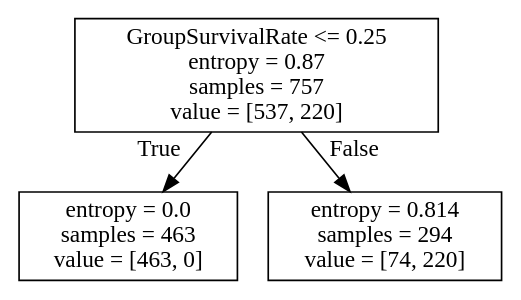
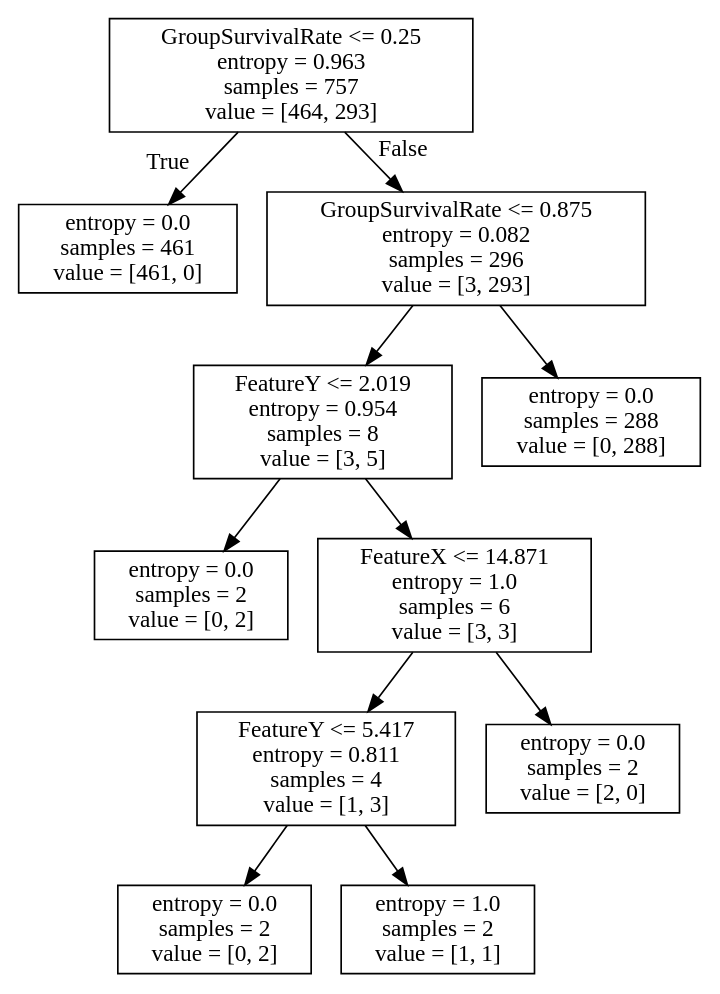
The diagram in Kaggle/Titanic/Source.gv (ZJouba/ADA-PG), drawn with Graphviz before and after one commit. The commit also changed 14 other files, not shown here.

```diff
--- a/Kaggle/Titanic/Source.gv
+++ b/Kaggle/Titanic/Source.gv
@@ -1,8 +1,24 @@
 digraph Tree {
 node [shape=box] ;
-0 [label="GroupSurvivalRate <= 0.25\nentropy = 0.87\nsamples = 757\nvalue = [537, 220]"] ;
-1 [label="entropy = 0.0\nsamples = 463\nvalue = [463, 0]"] ;
+0 [label="GroupSurvivalRate <= 0.25\nentropy = 0.963\nsamples = 757\nvalue = [464, 293]"] ;
+1 [label="entropy = 0.0\nsamples = 461\nvalue = [461, 0]"] ;
 0 -> 1 [labeldistance=2.5, labelangle=45, headlabel="True"] ;
-2 [label="entropy = 0.814\nsamples = 294\nvalue = [74, 220]"] ;
+2 [label="GroupSurvivalRate <= 0.875\nentropy = 0.082\nsamples = 296\nvalue = [3, 293]"] ;
 0 -> 2 [labeldistance=2.5, labelangle=-45, headlabel="False"] ;
+3 [label="FeatureY <= 2.019\nentropy = 0.954\nsamples = 8\nvalue = [3, 5]"] ;
+2 -> 3 ;
+4 [label="entropy = 0.0\nsamples = 2\nvalue = [0, 2]"] ;
+3 -> 4 ;
+5 [label="FeatureX <= 14.871\nentropy = 1.0\nsamples = 6\nvalue = [3, 3]"] ;
+3 -> 5 ;
+6 [label="FeatureY <= 5.417\nentropy = 0.811\nsamples = 4\nvalue = [1, 3]"] ;
+5 -> 6 ;
+7 [label="entropy = 0.0\nsamples = 2\nvalue = [0, 2]"] ;
+6 -> 7 ;
+8 [label="entropy = 1.0\nsamples = 2\nvalue = [1, 1]"] ;
+6 -> 8 ;
+9 [label="entropy = 0.0\nsamples = 2\nvalue = [2, 0]"] ;
+5 -> 9 ;
+10 [label="entropy = 0.0\nsamples = 288\nvalue = [0, 288]"] ;
+2 -> 10 ;
 }
```
